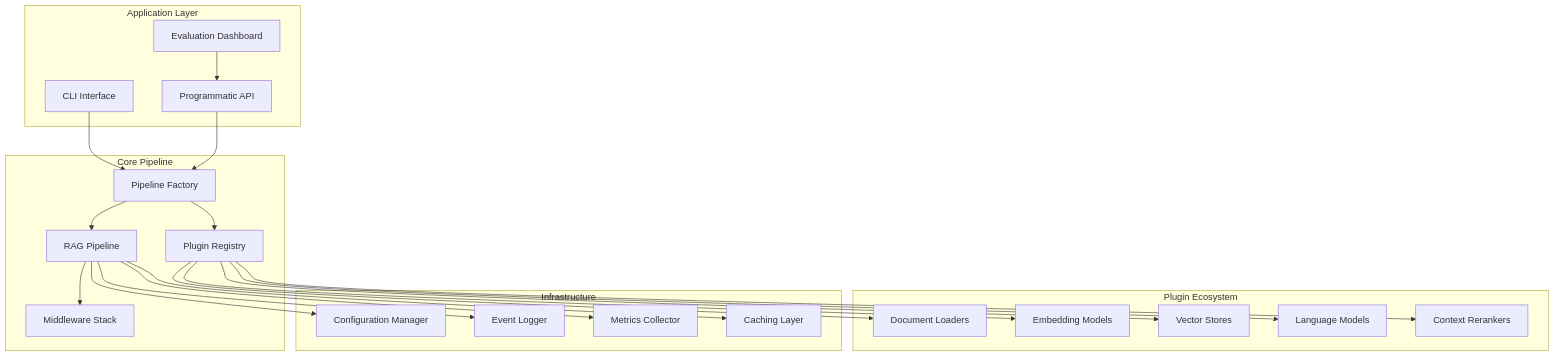
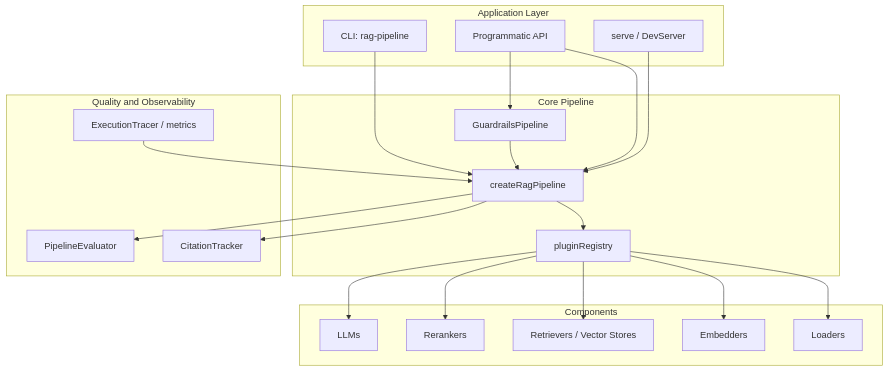
Before and after one commit to DevilsDev/rag-pipeline-utils: the first of 2 diagrams in docs-site/docs/Architecture.md, drawn with Mermaid. The commit also changed other lines of this file and 27 other files, not shown here.

````diff
--- a/docs-site/docs/Architecture.md
+++ b/docs-site/docs/Architecture.md
@@ -58,49 +54,45 @@
 ```mermaid
 graph TB
     subgraph "Application Layer"
-        CLI[CLI Interface]
+        CLI[CLI: rag-pipeline]
         API[Programmatic API]
-        Dashboard[Evaluation Dashboard]
+        Serve[serve / DevServer]
     end
 
     subgraph "Core Pipeline"
-        Factory[Pipeline Factory]
-        Registry[Plugin Registry]
-        Pipeline[RAG Pipeline]
-        Middleware[Middleware Stack]
+        Factory[createRagPipeline]
+        Registry[pluginRegistry]
+        Guardrails[GuardrailsPipeline]
     end
 
-    subgraph "Plugin Ecosystem"
-        Loaders[Document Loaders]
-        Embedders[Embedding Models]
-        Retrievers[Vector Stores]
-        LLMs[Language Models]
-        Rerankers[Context Rerankers]
+    subgraph "Components"
+        Loaders[Loaders]
+        Embedders[Embedders]
+        Retrievers[Retrievers / Vector Stores]
+        Rerankers[Rerankers]
+        LLMs[LLMs]
     end
 
-    subgraph "Infrastructure"
-        Config[Configuration Manager]
-        Logger[Event Logger]
-        Metrics[Metrics Collector]
-        Cache[Caching Layer]
+    subgraph "Quality and Observability"
+        Citations[CitationTracker]
+        Evaluator[PipelineEvaluator]
+        Tracing[ExecutionTracer / metrics]
     end
 
     CLI --> Factory
     API --> Factory
-    Dashboard --> API
+    API --> Guardrails
+    Serve --> Factory
+    Guardrails --> Factory
 
     Factory --> Registry
-    Factory --> Pipeline
-    Pipeline --> Middleware
-
     Registry --> Loaders
     Registry --> Embedders
     Registry --> Retrievers
+    Registry --> Rerankers
     Registry --> LLMs
-    Registry --> Rerankers
 
-    Pipeline --> Config
-    Pipeline --> Logger
-    Pipeline --> Metrics
-    Pipeline --> Cache
+    Factory --> Citations
+    Factory --> Evaluator
+    Tracing --> Factory
 ```
````
